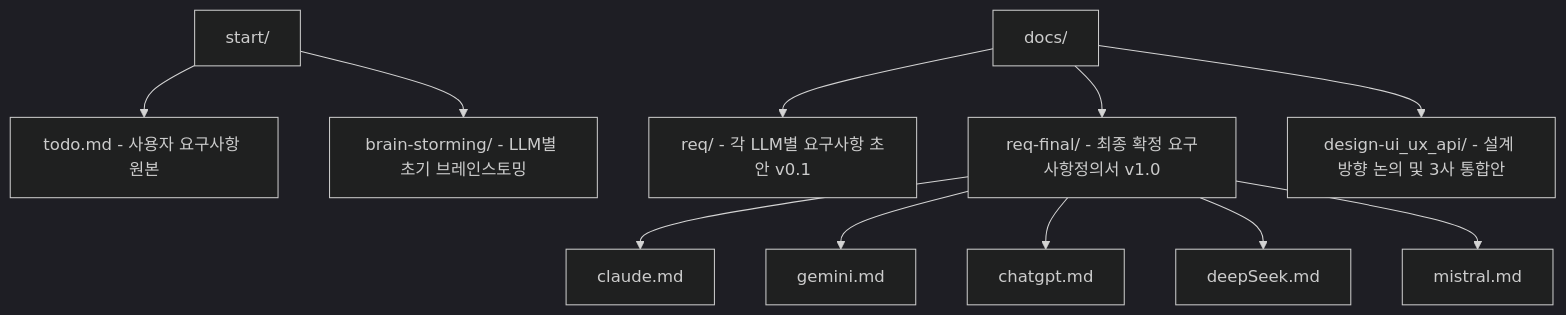
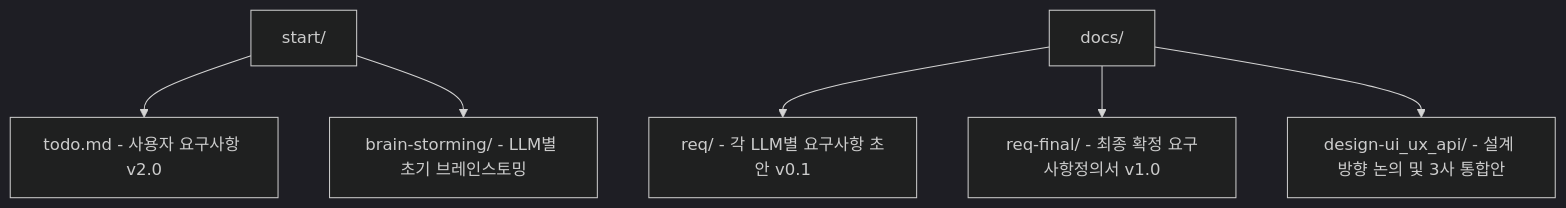
Before and after one commit to shimhaekwon/multiaichatting: the first of 2 diagrams in readme.md, drawn with Mermaid (dark theme). The commit also changed other lines of this file and 34 other files, not shown here.

````diff
--- a/readme.md
+++ b/readme.md
@@ -20,15 +21,9 @@
 ```mermaid
 graph TD
-    START["start/"] --> TODO["todo.md - 사용자 요구사항 원본"]
+    START["start/"] --> TODO["todo.md - 사용자 요구사항 v2.0"]
     START --> BS["brain-storming/ - LLM별 초기 브레인스토밍"]
     
     DOCS["docs/"] --> REQ["req/ - 각 LLM별 요구사항 초안 v0.1"]
     DOCS --> REQ_FINAL["req-final/ - 최종 확정 요구사항정의서 v1.0"]
     DOCS --> DESIGN["design-ui_ux_api/ - 설계 방향 논의 및 3사 통합안"]
-    
-    REQ_FINAL --> CLAUDE["claude.md"]
-    REQ_FINAL --> GEMINI["gemini.md"]
-    REQ_FINAL --> CHATGPT["chatgpt.md"]
-    REQ_FINAL --> DEEPSEEK["deepSeek.md"]
-    REQ_FINAL --> MISTRAL["mistral.md"]
 ```
````
